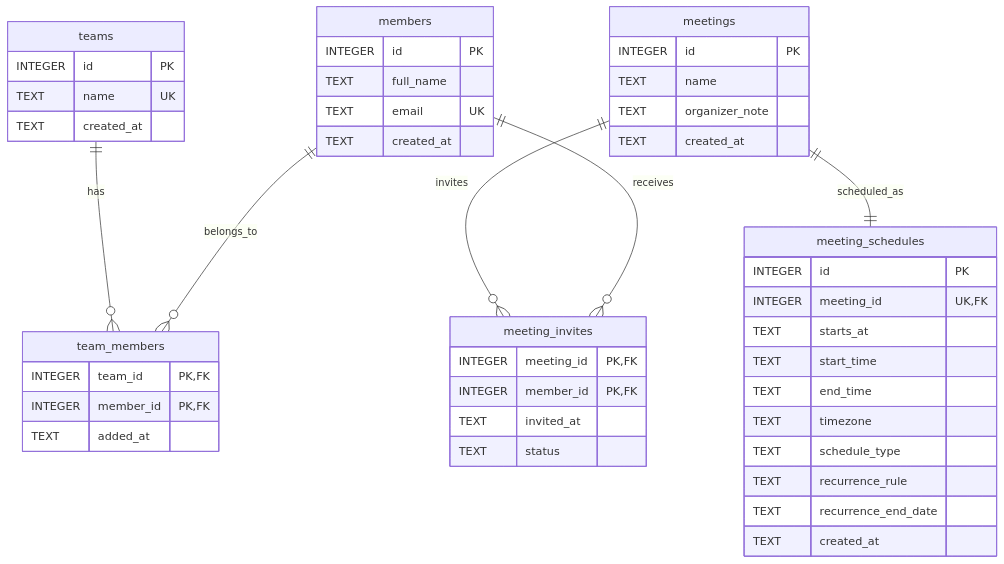
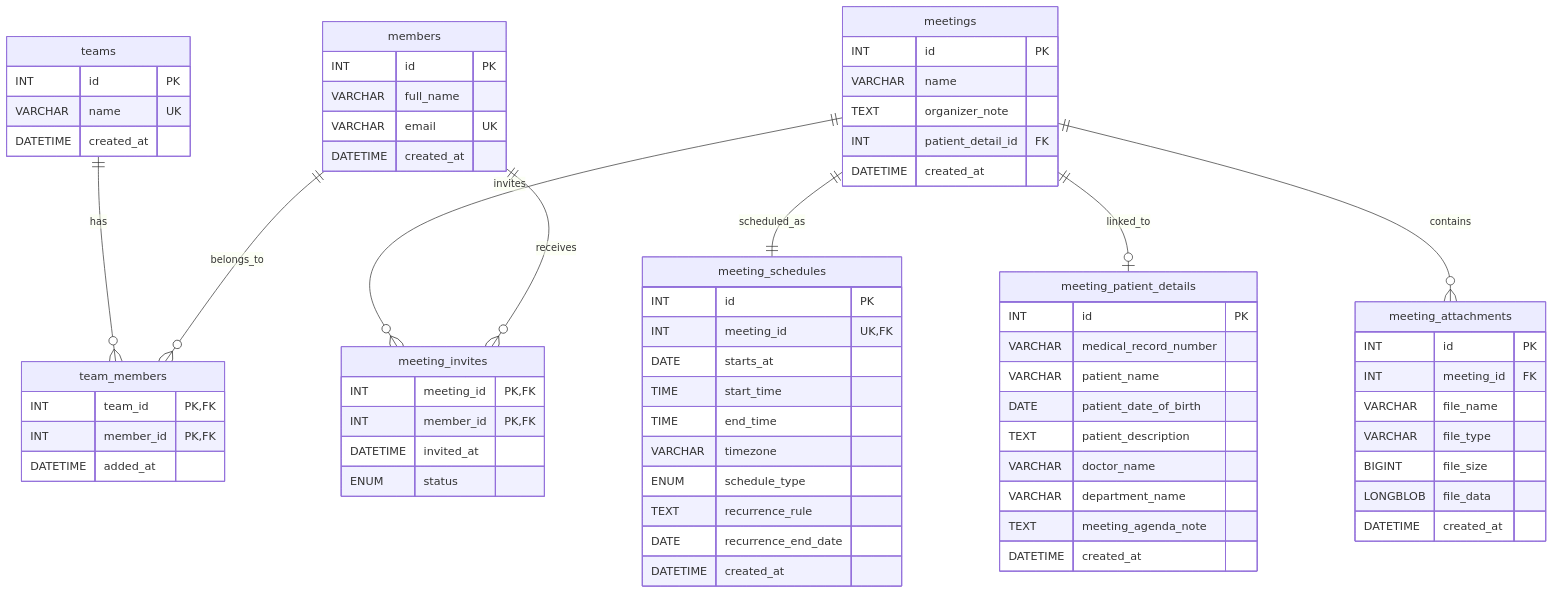
The diagram in ER_Diagram.md (NirajV/OpenAI-Codex-Meeting_WebInteraction_Application), drawn with Mermaid before and after one commit. The commit also changed other lines of this file and 5 other files, not shown here.

Commit message:
Commited code with Create Team and Add Member Feature

````diff
--- a/ER_Diagram.md
+++ b/ER_Diagram.md
@@ -5,56 +5,80 @@
 ```mermaid
 erDiagram
     teams {
-        INTEGER id PK
-        TEXT name UK
-        TEXT created_at
+        INT id PK
+        VARCHAR name UK
+        DATETIME created_at
     }
 
     members {
-        INTEGER id PK
-        TEXT full_name
-        TEXT email UK
-        TEXT created_at
+        INT id PK
+        VARCHAR full_name
+        VARCHAR email UK
+        DATETIME created_at
     }
 
     team_members {
-        INTEGER team_id PK, FK
-        INTEGER member_id PK, FK
-        TEXT added_at
+        INT team_id PK, FK
+        INT member_id PK, FK
+        DATETIME added_at
+    }
+
+    meeting_patient_details {
+        INT id PK
+        VARCHAR medical_record_number
+        VARCHAR patient_name
+        DATE patient_date_of_birth
+        TEXT patient_description
+        VARCHAR doctor_name
+        VARCHAR department_name
+        TEXT meeting_agenda_note
+        DATETIME created_at
     }
 
     meetings {
-        INTEGER id PK
-        TEXT name
+        INT id PK
+        VARCHAR name
         TEXT organizer_note
-        TEXT created_at
+        INT patient_detail_id FK
+        DATETIME created_at
+    }
+
+    meeting_attachments {
+        INT id PK
+        INT meeting_id FK
+        VARCHAR file_name
+        VARCHAR file_type
+        BIGINT file_size
+        LONGBLOB file_data
+        DATETIME created_at
     }
 
     meeting_schedules {
-        INTEGER id PK
-        INTEGER meeting_id UK, FK
-        TEXT starts_at
-        TEXT start_time
-        TEXT end_time
-        TEXT timezone
-        TEXT schedule_type
+        INT id PK
+        INT meeting_id UK, FK
+        DATE starts_at
+        TIME start_time
+        TIME end_time
+        VARCHAR timezone
+        ENUM schedule_type
         TEXT recurrence_rule
-        TEXT recurrence_end_date
-        TEXT created_at
+        DATE recurrence_end_date
+        DATETIME created_at
     }
 
     meeting_invites {
-        INTEGER meeting_id PK, FK
-        INTEGER member_id PK, FK
-        TEXT invited_at
-        TEXT status
+        INT meeting_id PK, FK
+        INT member_id PK, FK
+        DATETIME invited_at
+        ENUM status
     }
 
     teams ||--o{ team_members : has
     members ||--o{ team_members : belongs_to
 
     meetings ||--|| meeting_schedules : scheduled_as
-
+    meetings ||--o| meeting_patient_details : linked_to
+    meetings ||--o{ meeting_attachments : contains
     meetings ||--o{ meeting_invites : invites
     members ||--o{ meeting_invites : receives
 ```
````
